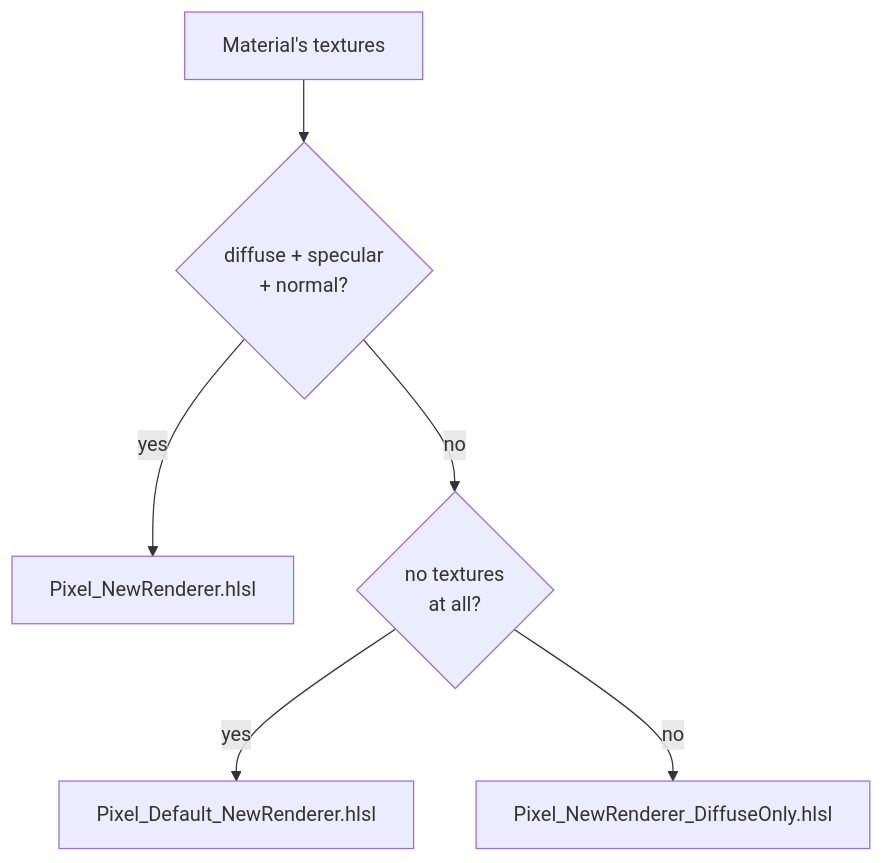
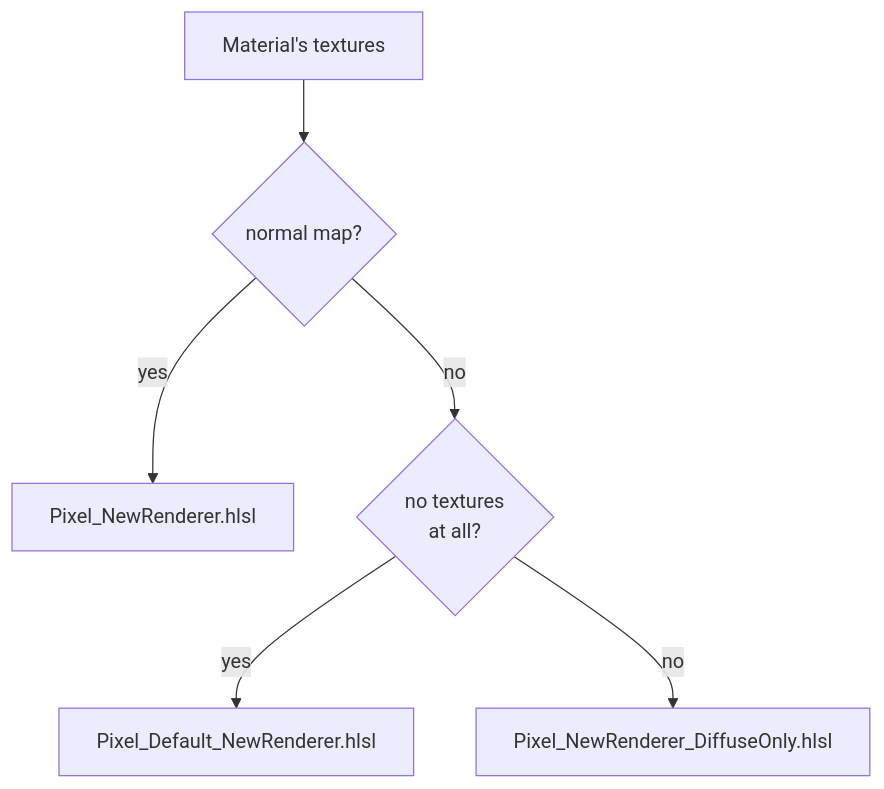
The third of 4 diagrams in Docs/Generated/Engine/04-Rendering/Materials-Meshes-Shaders.md (b1nary0/RZE), drawn with Mermaid before and after one commit. The commit also changed other lines of this file and 7 other files, not shown here.

First line of the commit message:
Document FXAA anti-aliasing, Engine.ini's [Rendering] and normal maps without specular maps

````diff
--- a/Docs/Generated/Engine/04-Rendering/Materials-Meshes-Shaders.md
+++ b/Docs/Generated/Engine/04-Rendering/Materials-Meshes-Shaders.md
@@ -126,9 +126,9 @@
 ```mermaid
 %%{init: {'flowchart': {'subGraphTitleMargin': {'top': 6, 'bottom': 10}}, 'themeCSS': '.labelBkg, .edgeLabel { background-color: var(--background-primary) !important; } .messageText, .labelText, .loopText { paint-order: stroke; stroke: var(--background-primary); stroke-width: 5px; stroke-linejoin: round; }'}}%%
 flowchart TD
-    M["Material's textures"] --> Q1{"diffuse + specular<br/>+ normal?"}
-    Q1 -->|yes| Full["Pixel_NewRenderer.hlsl"]
+    M["Material's textures"] --> Q1{"normal map?"}
+    Q1 -->|yes| Normal["Pixel_NewRenderer.hlsl"]
     Q1 -->|no| Q2{"no textures<br/>at all?"}
     Q2 -->|yes| Plain["Pixel_Default_NewRenderer.hlsl"]
     Q2 -->|no| Diff["Pixel_NewRenderer_DiffuseOnly.hlsl"]
 ```
````
